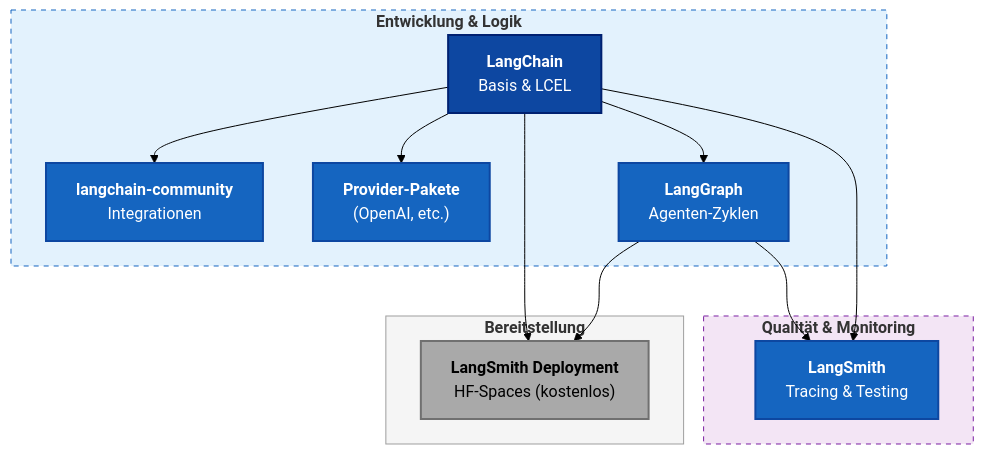
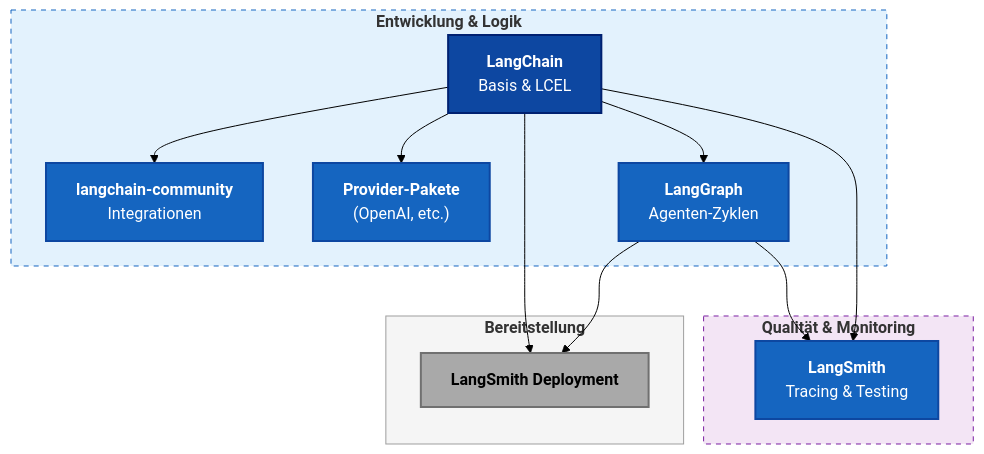
Before and after one commit to ralf-42/Agenten: the diagram in docs/05-frameworks/langchain-oekosystem.md, drawn with Mermaid. The commit also changed 167 other files, not shown here.

````diff
--- a/docs/05-frameworks/langchain-oekosystem.md
+++ b/docs/05-frameworks/langchain-oekosystem.md
@@ -41,44 +41,44 @@
 ```mermaid
 %%{init: {'theme':'forest'}}%%
 graph TD
     %% Definition der Stile für die einzelnen Boxen
     classDef ecosystem fill:#1565c0,stroke:#0d47a1,stroke-width:2px,color:#ffffff;
     classDef core fill:#0d47a1,stroke:#002171,stroke-width:2px,color:#ffffff;
     classDef greyBox fill:#A9A9A9,stroke:#707070,stroke-width:2px,color:#000000;
 
     subgraph Development ["<b>Entwicklung & Logik</b>"]
         LC_Core["<b>LangChain</b><br/>Basis & LCEL"]
         LC_Comm["<b>langchain-community</b><br/>Integrationen"]
         LC_Partner["<b>Provider-Pakete</b><br/>(OpenAI, etc.)"]
         LG["<b>LangGraph</b><br/>Agenten-Zyklen"]
     end
 
     subgraph Observability ["<b>Qualität & Monitoring</b>"]
         LS["<b>LangSmith</b><br/>Tracing & Testing"]
     end
 
     subgraph Deployment ["<b>Bereitstellung</b>"]
-        LGP["<b>LangSmith Deployment</b><br/>HF-Spaces (kostenlos)"]
+        LGP["<b>LangSmith Deployment</b>"]
     end
 
     %% Styling der Subgraphs (Hintergrund-Boxen)
     style Development fill:#e3f2fd,stroke:#1565c0,stroke-width:1px,stroke-dasharray: 5 5
     style Observability fill:#f3e5f5,stroke:#7b1fa2,stroke-width:1px,stroke-dasharray: 5 5
     style Deployment fill:#f5f5f5,stroke:#9e9e9e,stroke-width:1px
 
     %% Verbindungen
     LC_Core --> LC_Comm
     LC_Core --> LC_Partner
     LC_Core --> LG
 
     LG --> LS
     LC_Core --> LS
 
     LC_Core --> LGP
     LG --> LGP
 
     %% Klassen zuweisen
     class LC_Core core
     class LC_Comm,LC_Partner,LG,LS ecosystem
     class LGP greyBox
 ```
````
